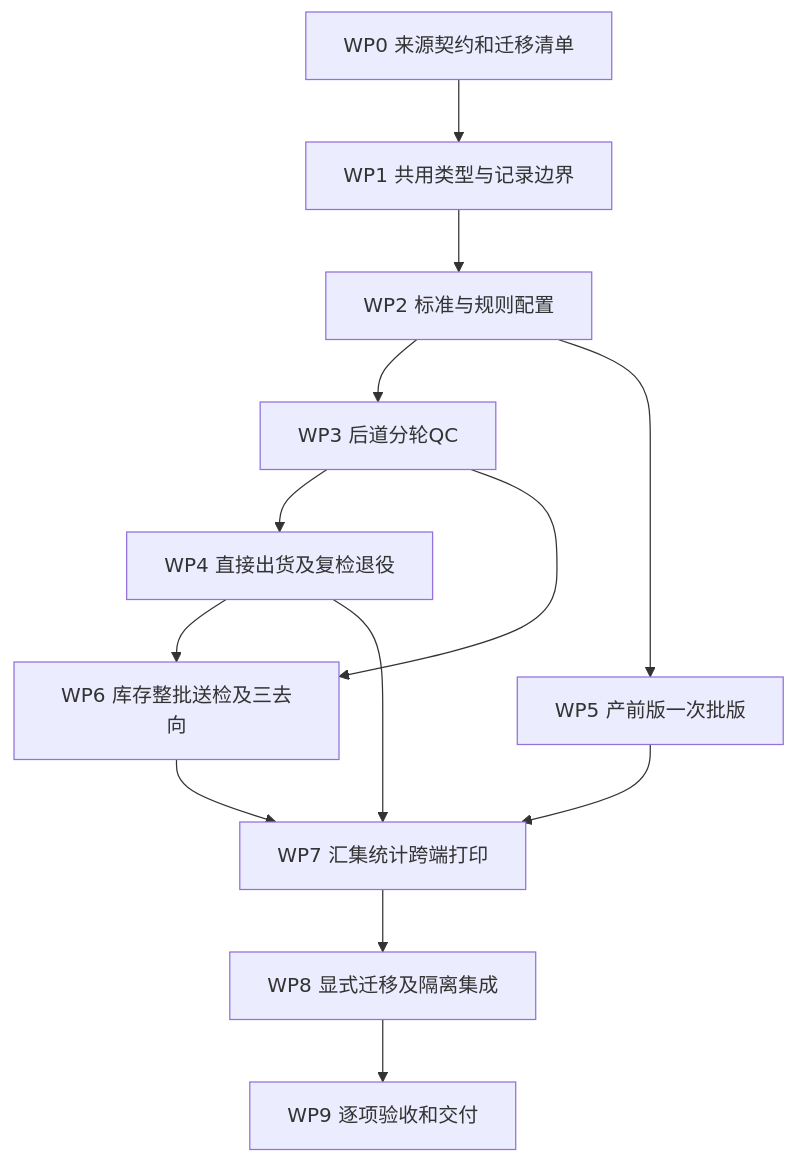
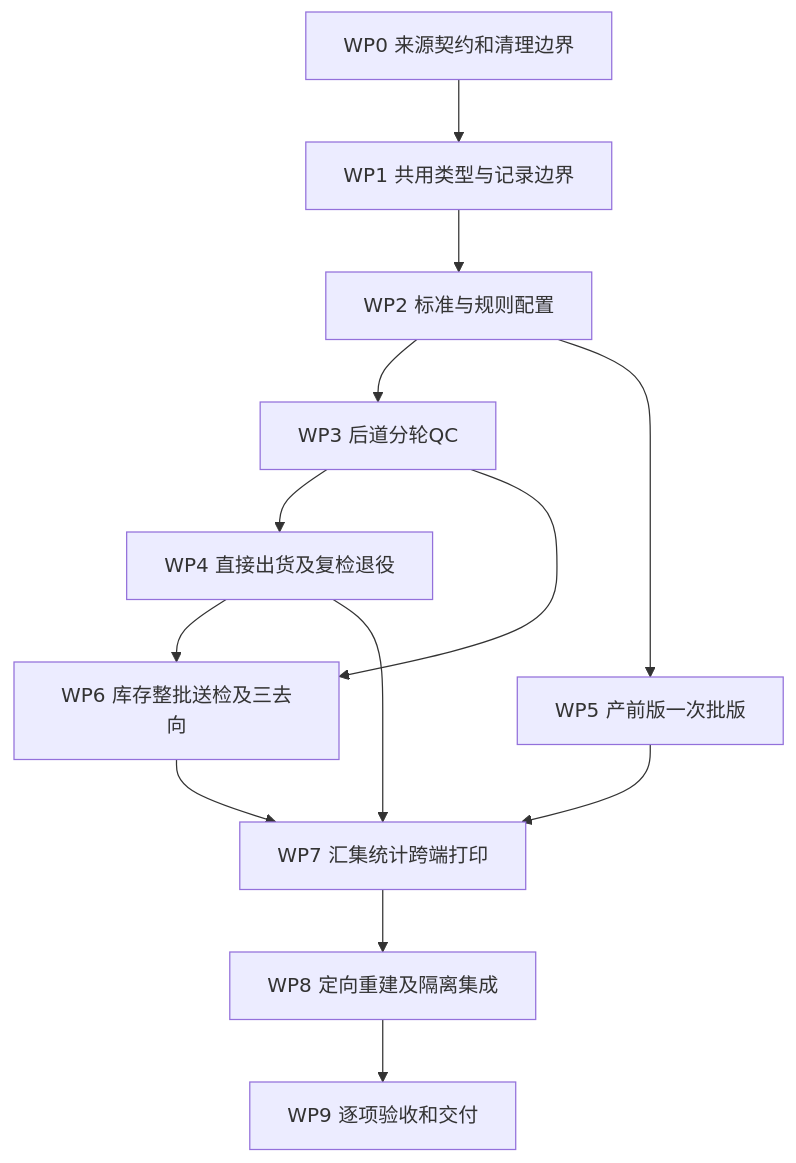
One commit to laoertongxue/higoods changed the diagram in docs/product-design/quality-management-20261022/实施计划.md. Above: the diagram before and after it, drawn with Mermaid. The commit also changed other lines of this file and 69 other files, not shown here.

````diff
--- a/docs/product-design/quality-management-20261022/实施计划.md
+++ b/docs/product-design/quality-management-20261022/实施计划.md
@@ -14,15 +20,15 @@
 ```mermaid
 flowchart TD
-  W0[WP0 来源契约和迁移清单] --> W1[WP1 共用类型与记录边界]
+  W0[WP0 来源契约和清理边界] --> W1[WP1 共用类型与记录边界]
   W1 --> W2[WP2 标准与规则配置]
   W2 --> W3[WP3 后道分轮QC]
   W3 --> W4[WP4 直接出货及复检退役]
   W2 --> W5[WP5 产前版一次批版]
   W3 --> W6[WP6 库存整批送检及三去向]
   W4 --> W6
   W4 --> W7[WP7 汇集统计跨端打印]
   W5 --> W7
   W6 --> W7
-  W7 --> W8[WP8 显式迁移及隔离集成]
+  W7 --> W8[WP8 定向重建及隔离集成]
   W8 --> W9[WP9 逐项验收和交付]
 ```
````
